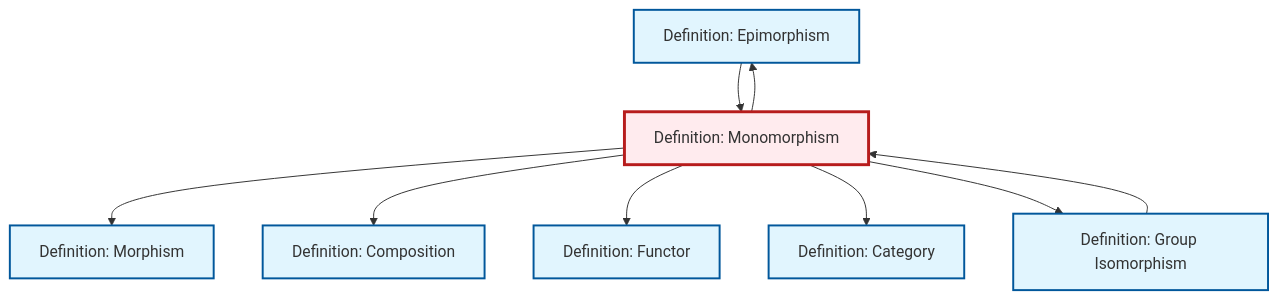
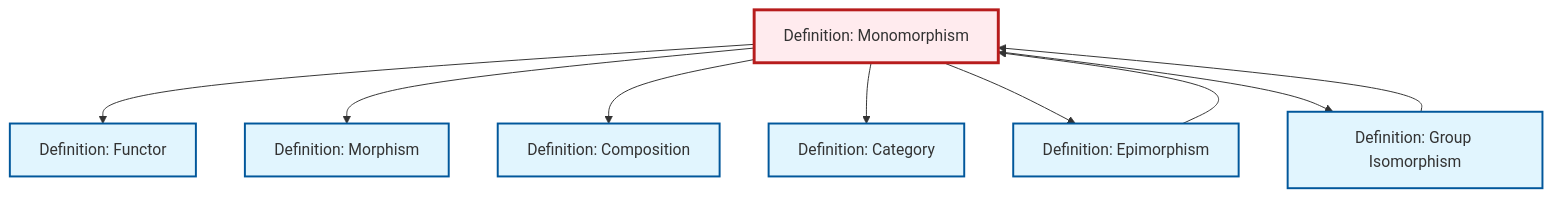
One commit to RK0429/ModernMath changed the diagram in content/ja/category-theory/def-monomorphism.qmd. Above: the diagram before and after it, drawn with Mermaid. The commit also changed other lines of this file and 619 other files, not shown here.

````diff
--- a/content/ja/category-theory/def-monomorphism.qmd
+++ b/content/ja/category-theory/def-monomorphism.qmd
@@ -96,31 +96,31 @@
 ```{mermaid}
 %%| fig-cap: "Local dependency graph"
 graph TD
     classDef definition fill:#e1f5fe,stroke:#01579b,stroke-width:2px
     classDef theorem fill:#f3e5f5,stroke:#4a148c,stroke-width:2px
     classDef axiom fill:#fff3e0,stroke:#e65100,stroke-width:2px
     classDef example fill:#e8f5e9,stroke:#1b5e20,stroke-width:2px
     classDef current fill:#ffebee,stroke:#b71c1c,stroke-width:3px
-    def-epimorphism["Definition: Epimorphism"]:::definition
-    def-category["Definition: Category"]:::definition
-    def-isomorphism["Definition: Group Isomorphism"]:::definition
-    def-morphism["Definition: Morphism"]:::definition
-    def-monomorphism["Definition: Monomorphism"]:::definition
     def-composition["Definition: Composition"]:::definition
     def-functor["Definition: Functor"]:::definition
-    def-monomorphism --> def-epimorphism
+    def-monomorphism["Definition: Monomorphism"]:::definition
+    def-epimorphism["Definition: Epimorphism"]:::definition
+    def-morphism["Definition: Morphism"]:::definition
+    def-isomorphism["Definition: Group Isomorphism"]:::definition
+    def-category["Definition: Category"]:::definition
+    def-monomorphism --> def-functor
     def-monomorphism --> def-morphism
     def-monomorphism --> def-composition
-    def-monomorphism --> def-functor
+    def-monomorphism --> def-category
+    def-monomorphism --> def-epimorphism
+    def-monomorphism --> def-isomorphism
     def-epimorphism --> def-monomorphism
     def-isomorphism --> def-monomorphism
-    def-monomorphism --> def-category
-    def-monomorphism --> def-isomorphism
     class def-monomorphism current
-    click def-epimorphism "def-epimorphism.html" "Definition: Epimorphismへ"
-    click def-category "def-category.html" "Definition: Categoryへ"
-    click def-isomorphism "def-isomorphism.html" "Definition: Group Isomorphismへ"
-    click def-morphism "def-morphism.html" "Definition: Morphismへ"
     click def-composition "def-composition.html" "Definition: Compositionへ"
     click def-functor "def-functor.html" "Definition: Functorへ"
+    click def-epimorphism "def-epimorphism.html" "Definition: Epimorphismへ"
+    click def-morphism "def-morphism.html" "Definition: Morphismへ"
+    click def-isomorphism "def-isomorphism.html" "Definition: Group Isomorphismへ"
+    click def-category "def-category.html" "Definition: Categoryへ"
 ```
````
